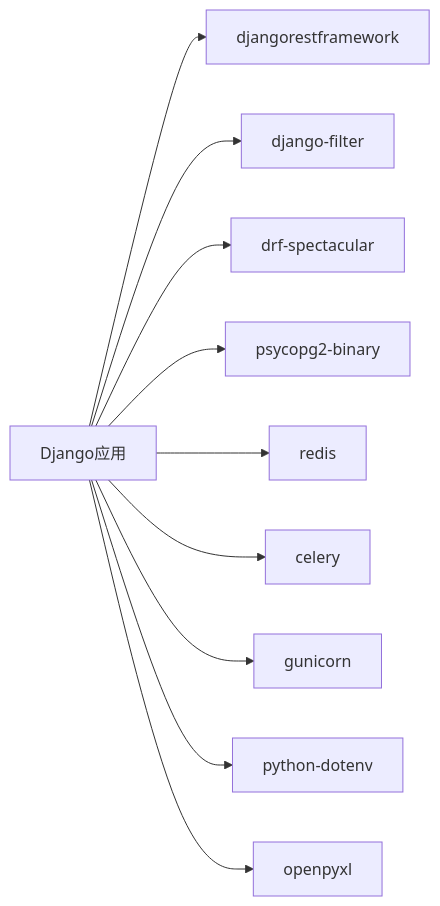
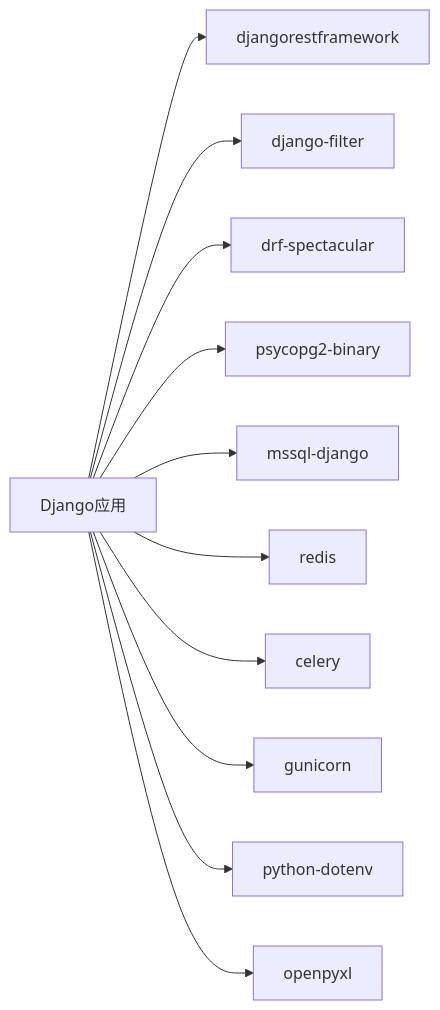
Before and after one commit to zyp-coder/Metadata: the fourth of 5 diagrams in .qoder/repowiki/zh/content/部署配置/生产环境部署.md, drawn with Mermaid. The commit also changed other lines of this file and 49 other files, not shown here.

````diff
--- a/.qoder/repowiki/zh/content/部署配置/生产环境部署.md
+++ b/.qoder/repowiki/zh/content/部署配置/生产环境部署.md
@@ -398,12 +442,13 @@
 ```mermaid
 graph LR
 Django["Django应用"] --> DRF["djangorestframework"]
 Django --> Filter["django-filter"]
 Django --> Spectacular["drf-spectacular"]
 Django --> PG["psycopg2-binary"]
+Django --> MSSQL["mssql-django"]
 Django --> Cache["redis"]
 Django --> Task["celery"]
 Django --> WSGI["gunicorn"]
 Django --> Env["python-dotenv"]
 Django --> Excel["openpyxl"]
 ```
````
